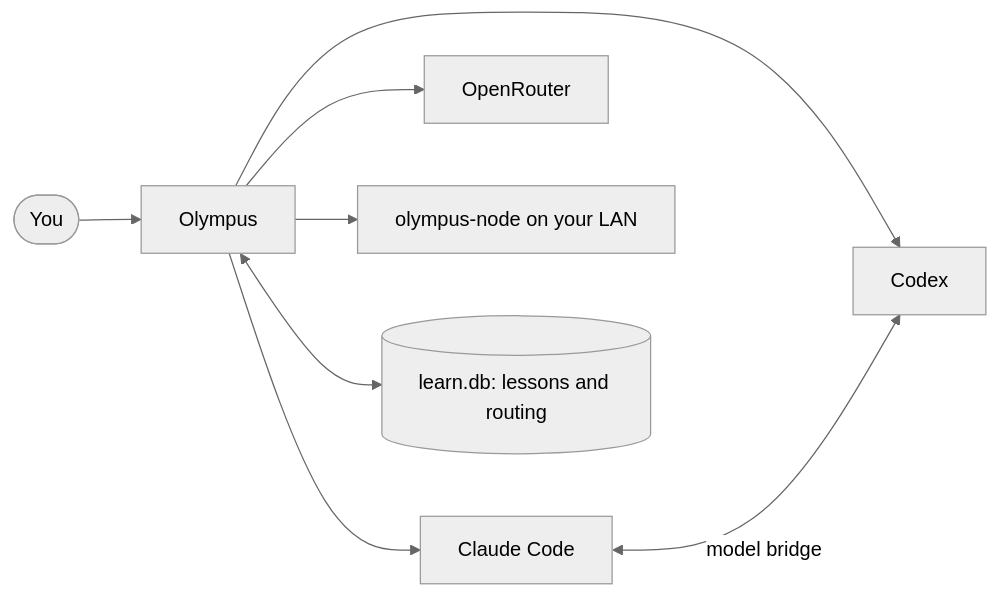
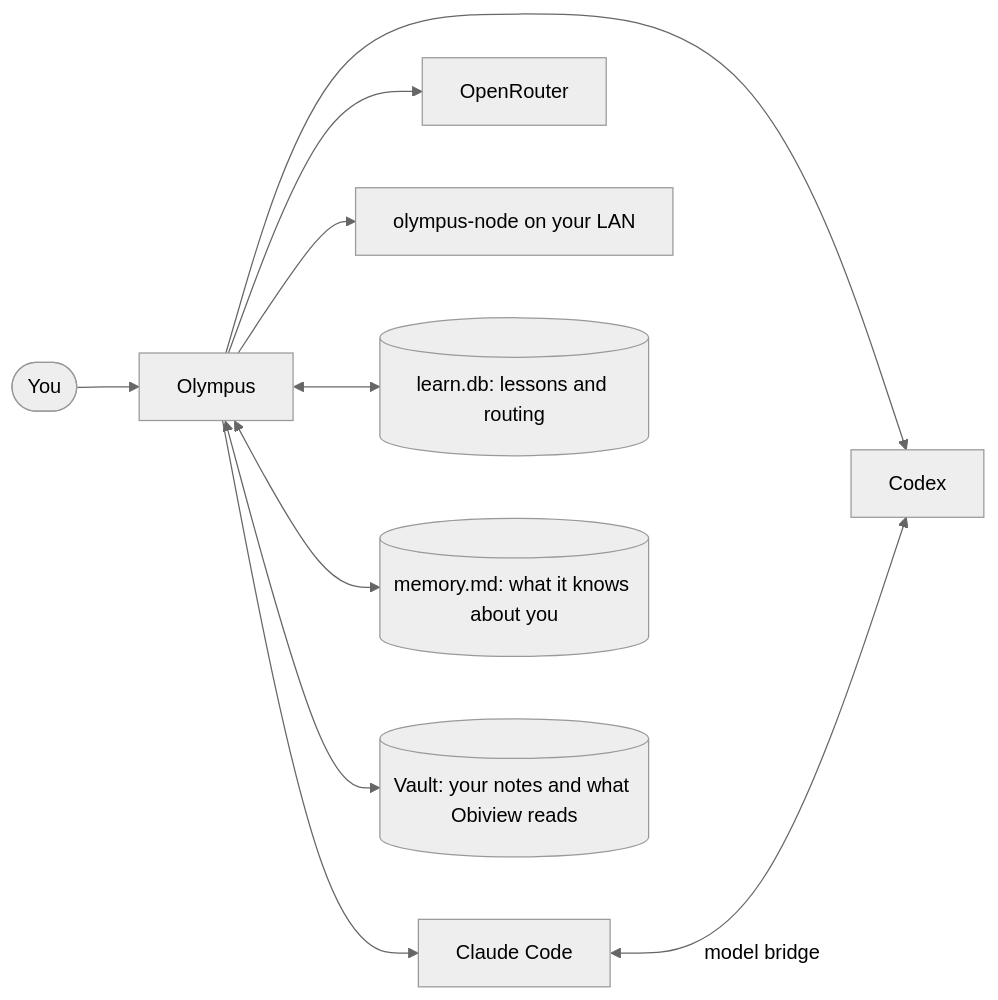
Before and after one commit to RobbinPilhede/Olympus: the diagram in README.md, drawn with Mermaid (neutral theme). The commit also changed other lines of this file and 12 other files, not shown here.

````diff
--- a/README.md
+++ b/README.md
@@ -73,10 +84,12 @@
 ```mermaid
 flowchart LR
     You([You]) --> O[Olympus]
     O --> C[Claude Code]
     O --> X[Codex]
     O --> R[OpenRouter]
     O --> N[olympus-node on your LAN]
     C <-->|model bridge| X
     O <--> L[(learn.db: lessons and routing)]
+    O <--> M[(memory.md: what it knows about you)]
+    O <--> V[(Vault: your notes and what Obiview reads)]
 ```
````
